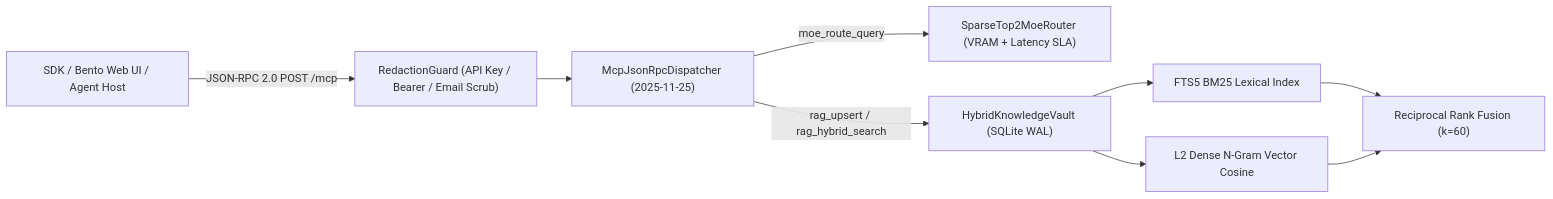
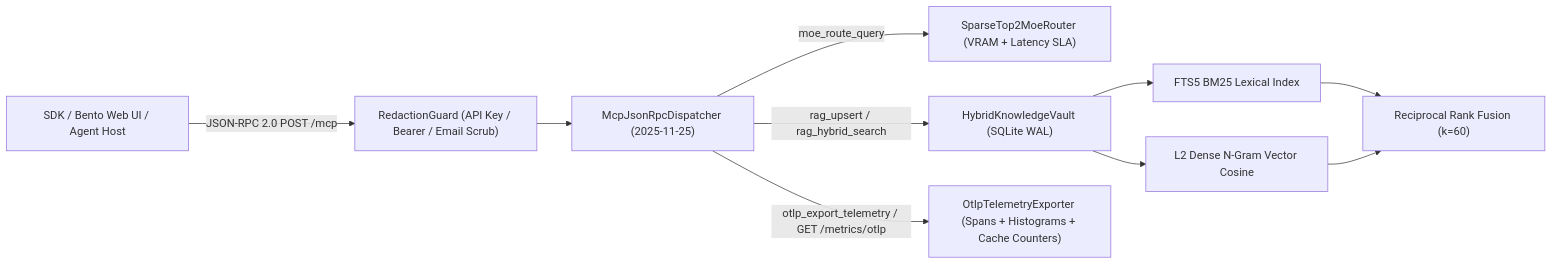
One commit to nahianakhtar/mcp-moe-hybrid-sdk changed the diagram in README.md. Above: the diagram before and after it, drawn with Mermaid. The commit also changed other lines of this file and 5 other files, not shown here.

Commit message:
feat(otlp): add OtlpTelemetryExporter spans, histograms, and RAG LRU cache (v1.1.0)

````diff
--- a/README.md
+++ b/README.md
@@ -13,11 +13,12 @@
 ```mermaid
 flowchart LR
     Client["SDK / Bento Web UI / Agent Host"] -->|"JSON-RPC 2.0 POST /mcp"| Guard["RedactionGuard (API Key / Bearer / Email Scrub)"]
     Guard --> Disp["McpJsonRpcDispatcher (2025-11-25)"]
     Disp -->|"moe_route_query"| Router["SparseTop2MoeRouter (VRAM + Latency SLA)"]
     Disp -->|"rag_upsert / rag_hybrid_search"| Vault["HybridKnowledgeVault (SQLite WAL)"]
+    Disp -->|"otlp_export_telemetry / GET /metrics/otlp"| OTLP["OtlpTelemetryExporter (Spans + Histograms + Cache Counters)"]
     Vault --> FTS["FTS5 BM25 Lexical Index"]
     Vault --> Vec["L2 Dense N-Gram Vector Cosine"]
     FTS --> RRF["Reciprocal Rank Fusion (k=60)"]
     Vec --> RRF
 ```
````
